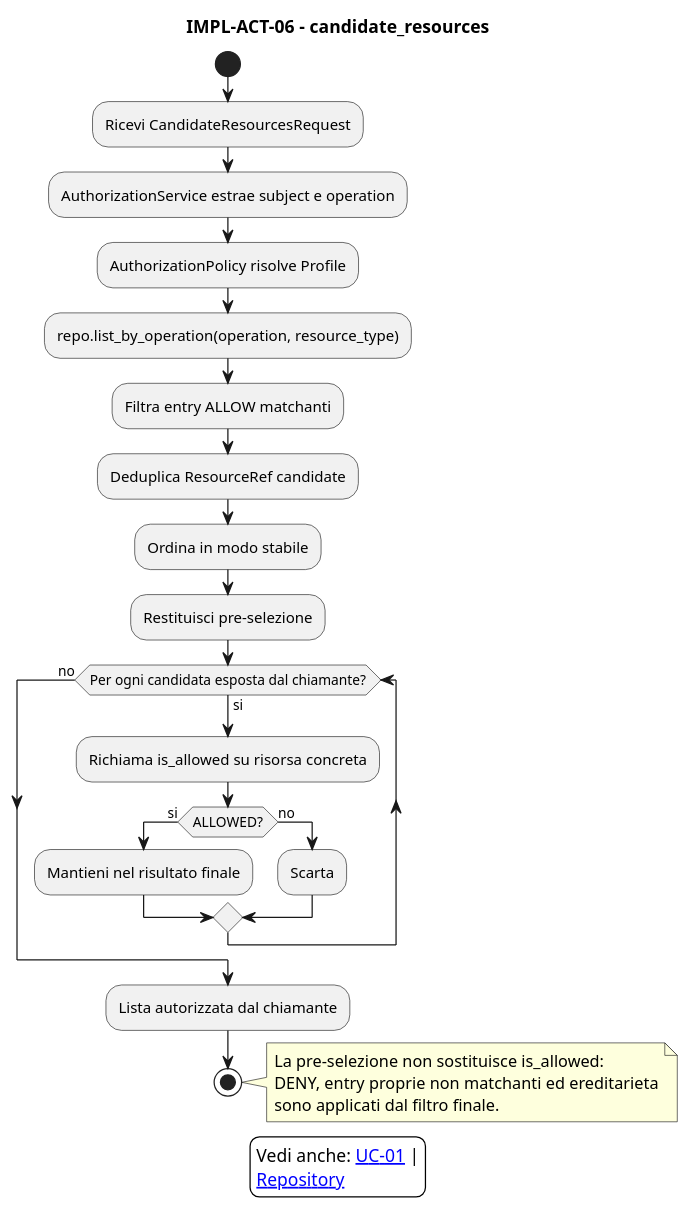
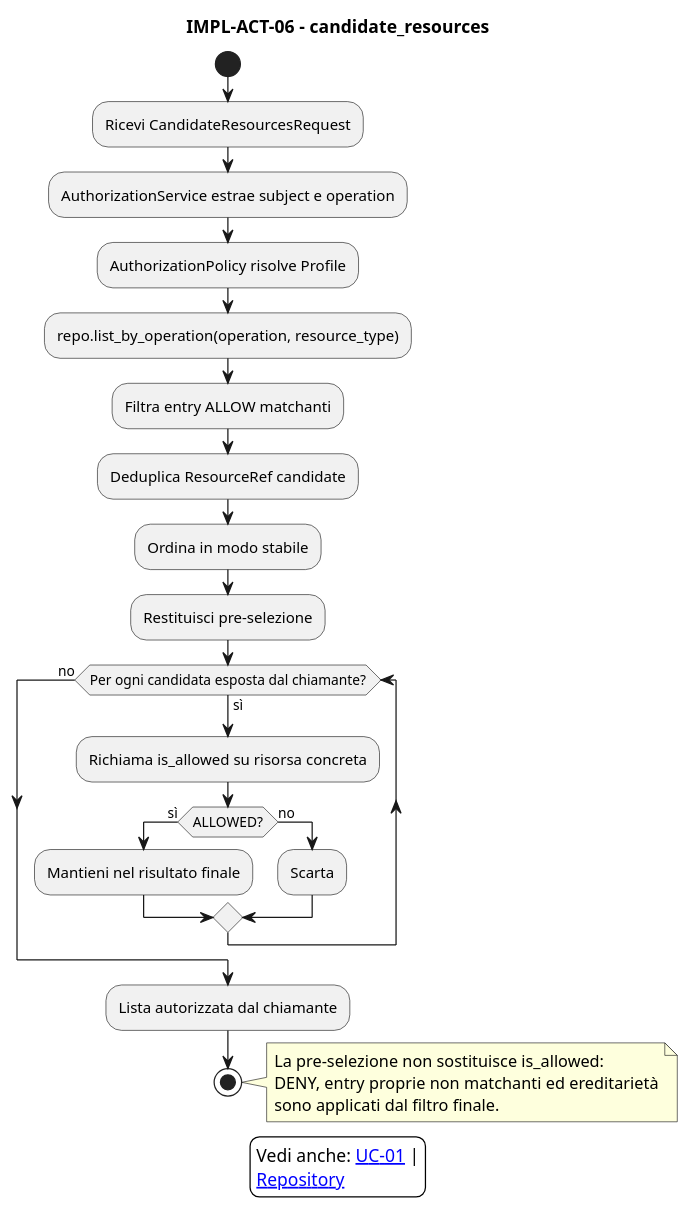
One commit to antlampas/ACL changed the diagram in implementation/attivita/06_candidate_resources.puml. Above: the diagram before and after it, drawn with PlantUML. The commit also changed 38 other files, not shown here.

Commit message:
docs: corretti testi e diagrammi UML

```diff
--- a/implementation/attivita/06_candidate_resources.puml
+++ b/implementation/attivita/06_candidate_resources.puml
@@ -1,45 +1,45 @@
 @startuml impl_act_06_candidate_resources
 ' Title: Sistema ACL - impl_act_06_candidate_resources
 ' Author/Licensor: Francesco
 ' Source: this repository
 ' License: Creative Commons Attribution-ShareAlike 4.0 International
 ' License URL: https://creativecommons.org/licenses/by-sa/4.0/
 ' SPDX-License-Identifier: CC-BY-SA-4.0
 !pragma layout smetana
 skinparam backgroundColor white
 skinparam nodesep 80
 skinparam ranksep 80
 title IMPL-ACT-06 - candidate_resources
 skinparam shadowing false
 
 start
 :Ricevi CandidateResourcesRequest;
 :AuthorizationService estrae subject e operation;
 :AuthorizationPolicy risolve Profile;
 :repo.list_by_operation(operation, resource_type);
 :Filtra entry ALLOW matchanti;
 :Deduplica ResourceRef candidate;
 :Ordina in modo stabile;
 :Restituisci pre-selezione;
-while (Per ogni candidata esposta dal chiamante?) is (si)
+while (Per ogni candidata esposta dal chiamante?) is (sì)
   :Richiama is_allowed su risorsa concreta;
-  if (ALLOWED?) then (si)
+  if (ALLOWED?) then (sì)
     :Mantieni nel risultato finale;
   else (no)
     :Scarta;
   endif
 endwhile (no)
 :Lista autorizzata dal chiamante;
 stop
 
 note right
   La pre-selezione non sostituisce is_allowed:
-  DENY, entry proprie non matchanti ed ereditarieta
+  DENY, entry proprie non matchanti ed ereditarietà
   sono applicati dal filtro finale.
 end note
 
 legend
   Vedi anche: [[../use%20case/01_autorizzare_richiesta.puml UC-01]] |
   [[../componenti/03_ports_infrastruttura.puml Repository]]
 endlegend
 @enduml
```
